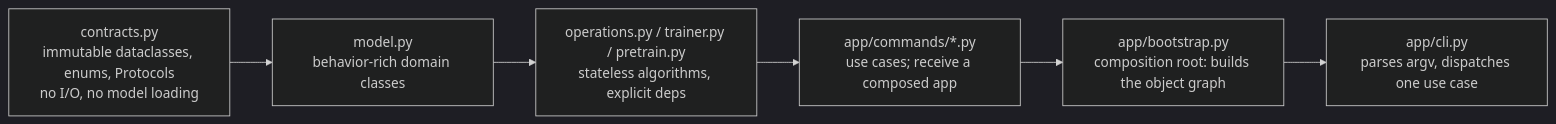
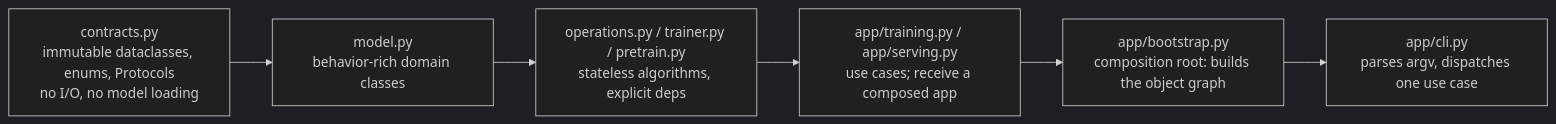
The diagram in doc/notes/lessons/C-contracts-and-configuration-correctness.md (CatalinButacu/GenAI-Text2Motion), drawn with Mermaid (dark theme) before and after one commit. The commit also changed other lines of this file, not shown here.

Commit message:
The contracts lesson names the new app command files

````diff
--- a/doc/notes/lessons/C-contracts-and-configuration-correctness.md
+++ b/doc/notes/lessons/C-contracts-and-configuration-correctness.md
@@ -11,8 +11,8 @@
 ```mermaid
 flowchart LR
   C["contracts.py\nimmutable dataclasses, enums, Protocols\nno I/O, no model loading"] --> M["model.py\nbehavior-rich domain classes"]
   M --> O["operations.py / trainer.py / pretrain.py\nstateless algorithms, explicit deps"]
-  O --> A["app/commands/*.py\nuse cases; receive a composed app"]
+  O --> A["app/training.py / app/serving.py\nuse cases; receive a composed app"]
   A --> B["app/bootstrap.py\ncomposition root: builds the object graph"]
   B --> L["app/cli.py\nparses argv, dispatches one use case"]
 ```
````
